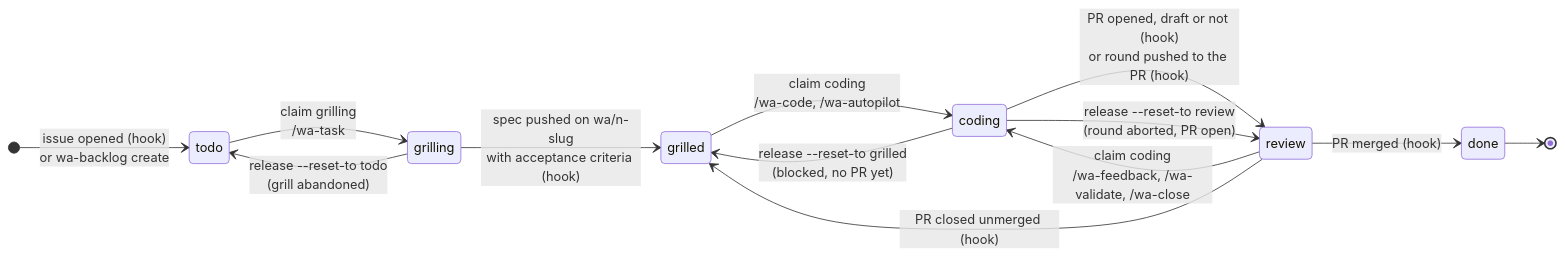
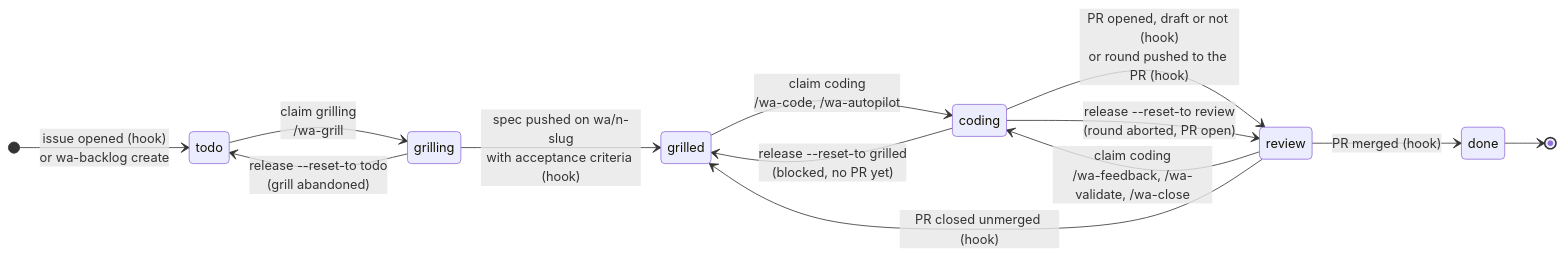
Before and after one commit to rlatapy-luna/whackagent: the first of 4 diagrams in WORKFLOW.md, drawn with Mermaid. The commit also changed other lines of this file and 14 other files, not shown here.

First line of the commit message:
feat!: split /wa-task into /wa-task (create) and /wa-grill (clarify)

````diff
--- a/WORKFLOW.md
+++ b/WORKFLOW.md
@@ -14,21 +14,21 @@
 ```mermaid
 stateDiagram-v2
     direction LR
 
     [*] --> todo: issue opened (hook)<br/>or wa-backlog create
 
-    todo --> grilling: claim grilling<br/>/wa-task
+    todo --> grilling: claim grilling<br/>/wa-grill
     grilling --> grilled: spec pushed on wa/n-slug<br/>with acceptance criteria (hook)
     grilling --> todo: release --reset-to todo<br/>(grill abandoned)
 
     grilled --> coding: claim coding<br/>/wa-code, /wa-autopilot
     coding --> review: PR opened, draft or not (hook)<br/>or round pushed to the PR (hook)
     coding --> grilled: release --reset-to grilled<br/>(blocked, no PR yet)
     coding --> review: release --reset-to review<br/>(round aborted, PR open)
 
     review --> coding: claim coding<br/>/wa-feedback, /wa-validate, /wa-close
     review --> done: PR merged (hook)
     review --> grilled: PR closed unmerged (hook)
 
     done --> [*]
 ```
````
